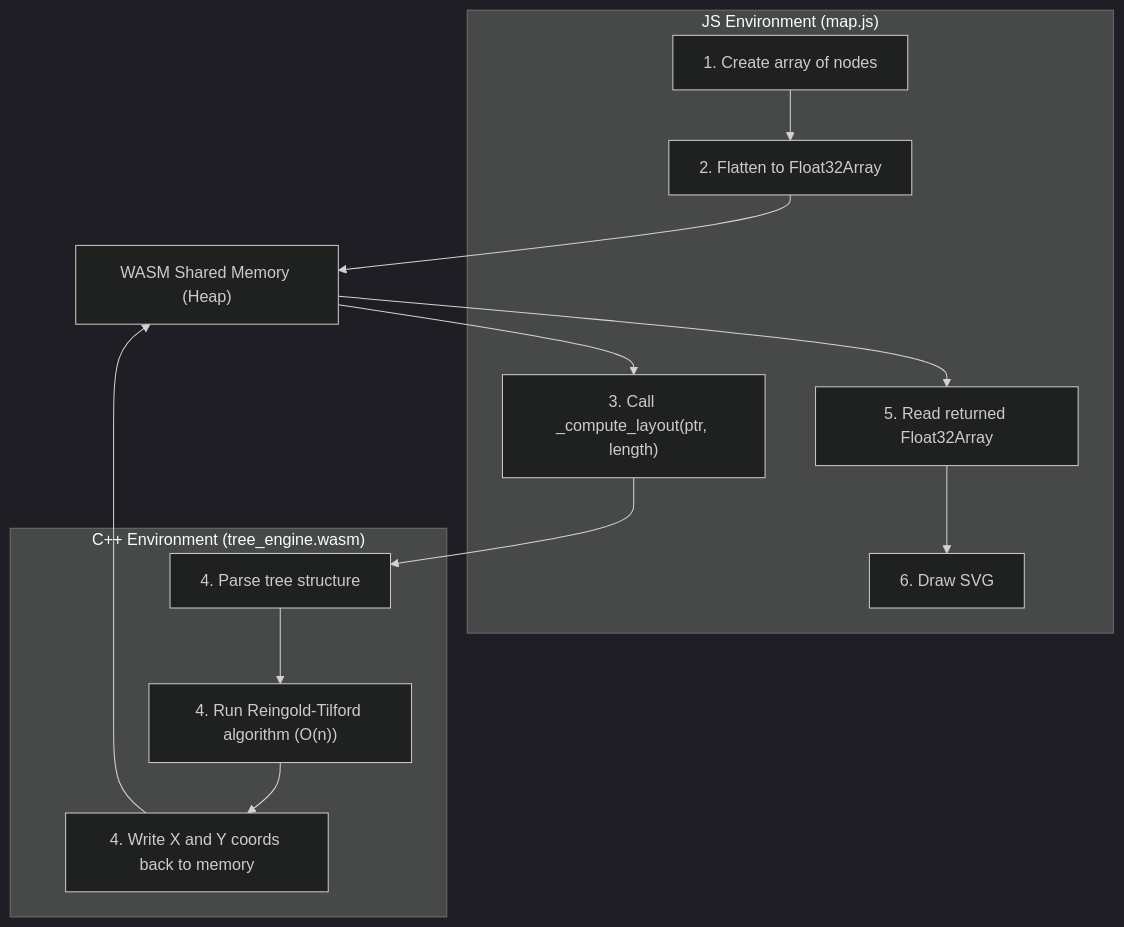
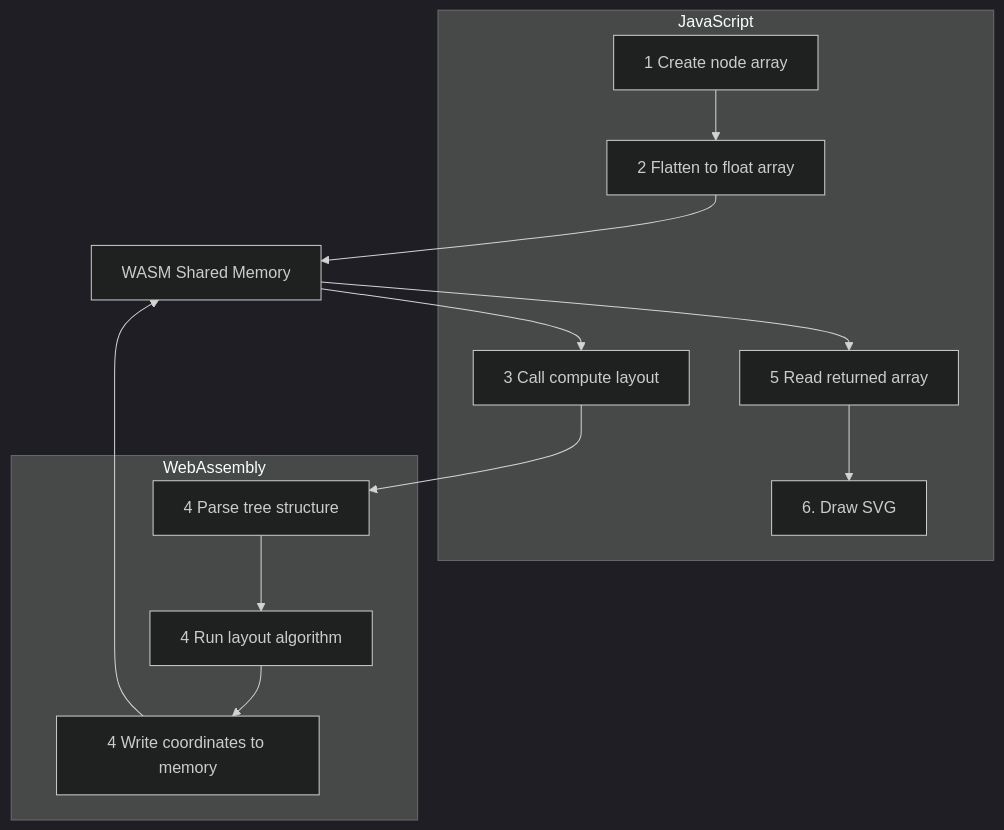
One commit to Arham-Qureshi/Dendrite changed the diagram in docs/architecture/wasm.md. Above: the diagram before and after it, drawn with Mermaid (dark theme). The commit also changed other lines of this file and 1 other file, not shown here.

Commit message:
fixed visuals

````diff
--- a/docs/architecture/wasm.md
+++ b/docs/architecture/wasm.md
@@ -7,28 +7,28 @@
 ```mermaid
 flowchart TD
-  Mem["WASM Shared Memory (Heap)"]
+  Mem["WASM Shared Memory"]
 
-  subgraph JavaScript["JS Environment (map.js)"]
-    Init["1. Create array of nodes"]
-    Convert["2. Flatten to Float32Array"]
-    Call["3. Call _compute_layout(ptr, length)"]
-    Read["5. Read returned Float32Array"]
+  subgraph JavaScript
+    Init["1 Create node array"]
+    Convert["2 Flatten to float array"]
+    Call["3 Call compute layout"]
+    Read["5 Read returned array"]
     Render["6. Draw SVG"]
   end
 
-  subgraph WebAssembly["C++ Environment (tree_engine.wasm)"]
-    Recv["4. Parse tree structure"]
-    Algo["4. Run Reingold-Tilford algorithm (O(n))"]
-    Write["4. Write X and Y coords back to memory"]
+  subgraph WebAssembly
+    Recv["4 Parse tree structure"]
+    Algo["4 Run layout algorithm"]
+    Write["4 Write coordinates to memory"]
   end
 
   Init --> Convert
   Convert --> Mem
   Mem --> Call
   Call --> Recv
   Recv --> Algo
   Algo --> Write
   Write --> Mem
   Mem --> Read
   Read --> Render
 ```
````
